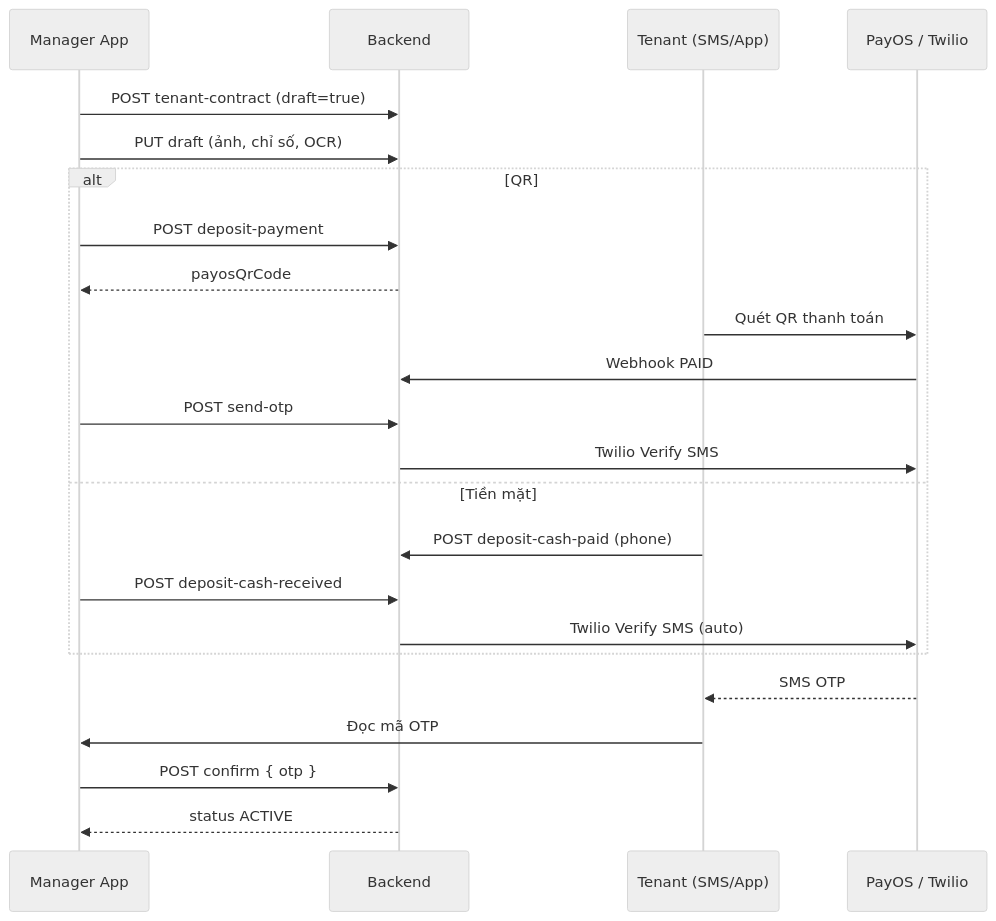
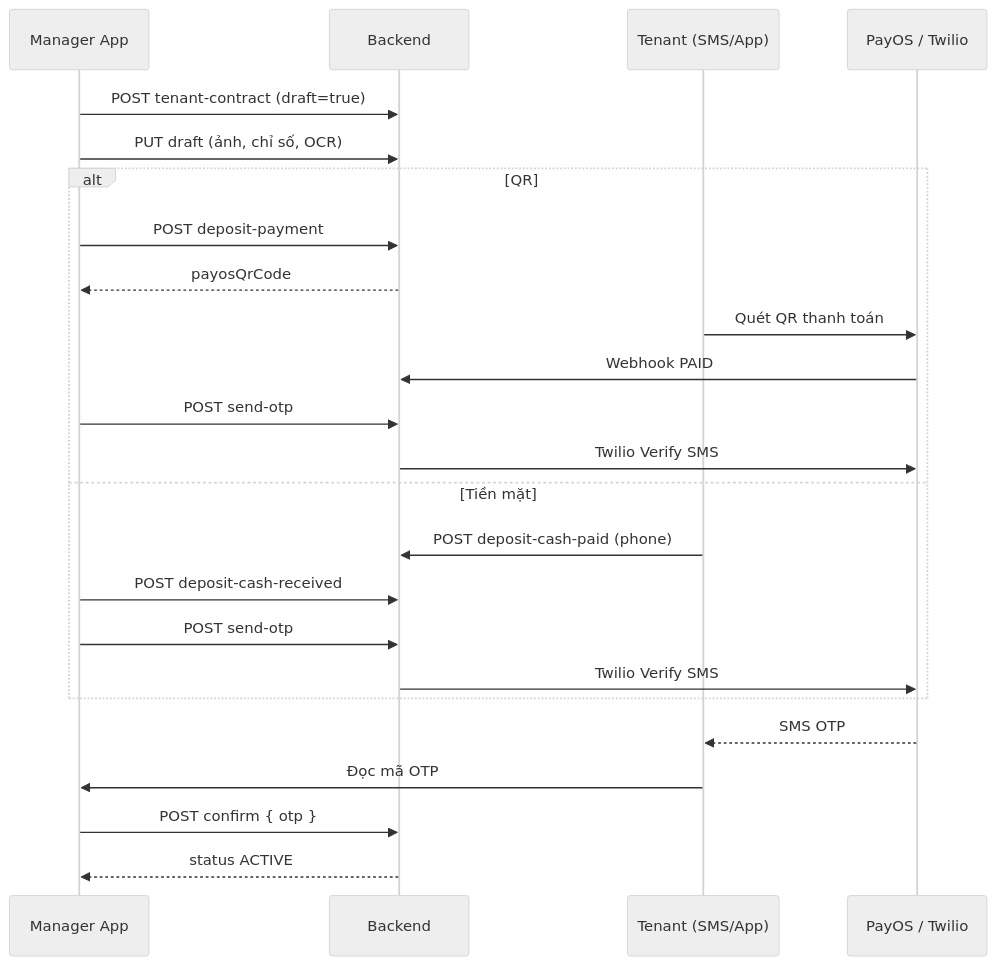
One commit to gowahskoja113/Sub-leasing-managemant-system changed the diagram in docs/FE-tenant-onboarding-otp-flow.md. Above: the diagram before and after it, drawn with Mermaid (neutral theme). The commit also changed other lines of this file and 3 other files, not shown here.

Commit message:
fix send otp manual

````diff
--- a/docs/FE-tenant-onboarding-otp-flow.md
+++ b/docs/FE-tenant-onboarding-otp-flow.md
@@ -474,26 +474,27 @@
 ```mermaid
 sequenceDiagram
     participant M as Manager App
     participant BE as Backend
     participant T as Tenant (SMS/App)
     participant Pay as PayOS / Twilio
 
     M->>BE: POST tenant-contract (draft=true)
     M->>BE: PUT draft (ảnh, chỉ số, OCR)
     alt QR
         M->>BE: POST deposit-payment
         BE-->>M: payosQrCode
         T->>Pay: Quét QR thanh toán
         Pay->>BE: Webhook PAID
         M->>BE: POST send-otp
         BE->>Pay: Twilio Verify SMS
     else Tiền mặt
         T->>BE: POST deposit-cash-paid (phone)
         M->>BE: POST deposit-cash-received
-        BE->>Pay: Twilio Verify SMS (auto)
+        M->>BE: POST send-otp
+        BE->>Pay: Twilio Verify SMS
     end
     Pay-->>T: SMS OTP
     T->>M: Đọc mã OTP
     M->>BE: POST confirm { otp }
     BE-->>M: status ACTIVE
 ```
````
